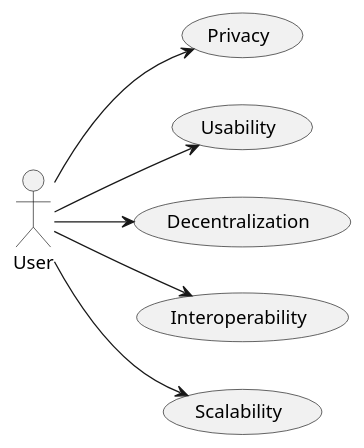
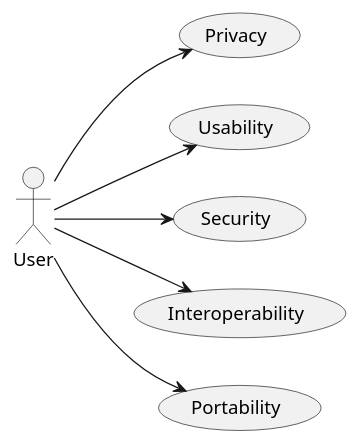
The diagram in docs/10_quality_scenarios.adoc (Arquisoft/lomap_es2b), drawn with PlantUML before and after one commit. The commit also changed other lines of this file, not shown here.

```diff
--- a/docs/10_quality_scenarios.adoc
+++ b/docs/10_quality_scenarios.adoc
@@ -6,14 +6,14 @@
 [plantuml, "Quality tree", png]
 ----
 left to right direction
 (Privacy) as (Pr)
 (Usability) as (U)
-(Decentralization) as (S)
+(Security) as (S)
 (Interoperability) as (I)
-(Scalability) as (A)
+(Portability) as (P)
 User --> Pr
 User --> U
 User --> S
 User --> I
-User --> A
+User --> P
 ----
```
